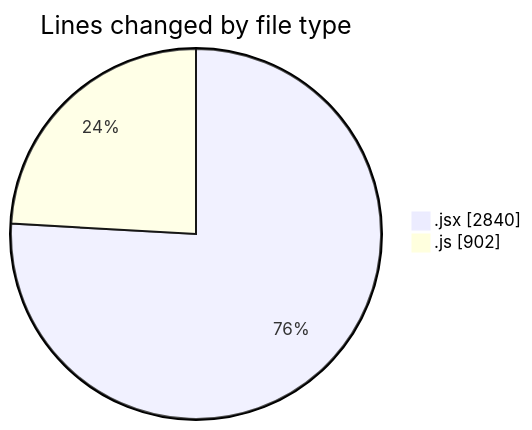
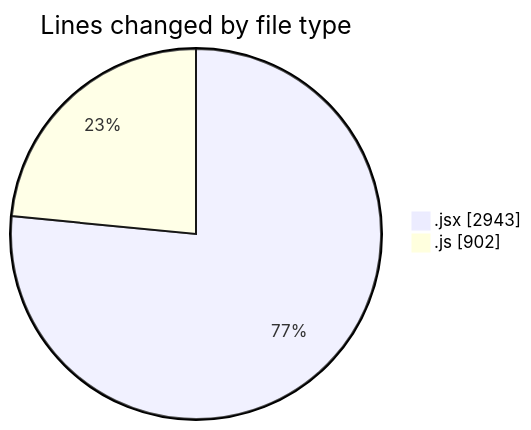
Before and after one commit to nxtqubesakshisongat/code-tracking: the first of 2 diagrams in 2025-09-22/nxtqube_webapp/README.md, drawn with Mermaid. The commit also changed other lines of this file and 1 other file, not shown here.

````diff
--- a/2025-09-22/nxtqube_webapp/README.md
+++ b/2025-09-22/nxtqube_webapp/README.md
@@ -22,6 +22,6 @@
 ```mermaid
 pie showData
 title Lines changed by file type
-".jsx" : 2840
+".jsx" : 2943
 ".js" : 902
 ```
````
